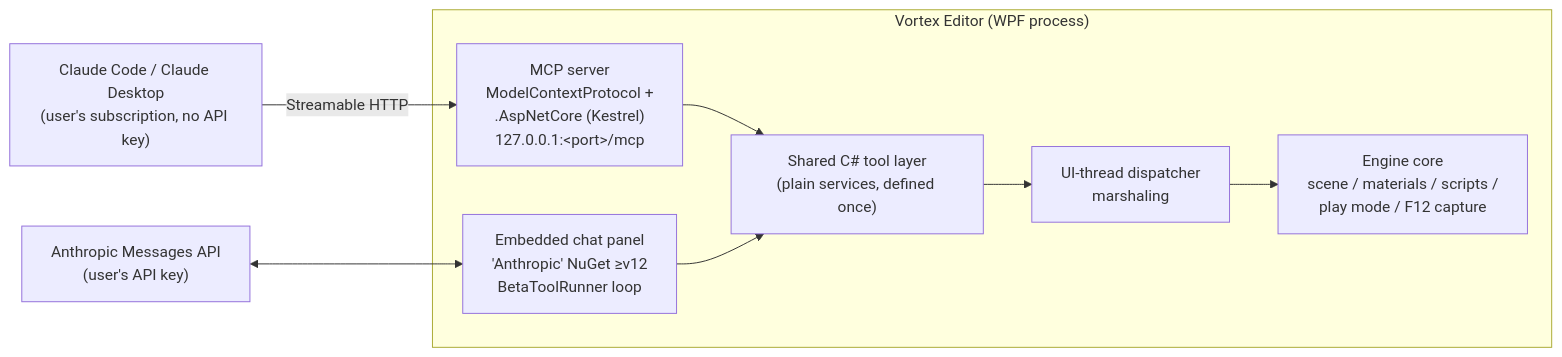
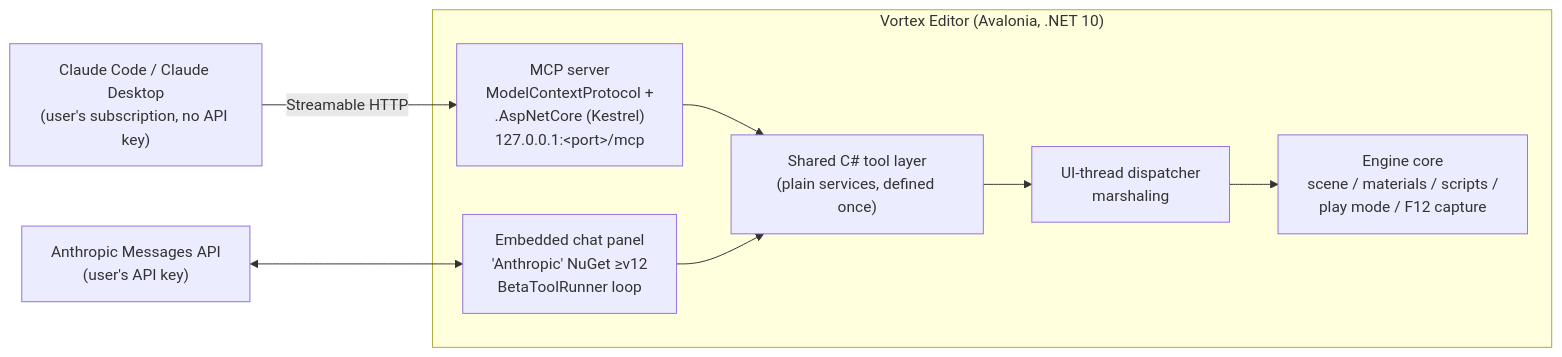
One commit to shadow-kernel/Vortex-Engine changed the diagram in docs/wiki/Design-Claude-Integration.md. Above: the diagram before and after it, drawn with Mermaid. The commit also changed other lines of this file and 40 other files, not shown here.

````diff
--- a/docs/wiki/Design-Claude-Integration.md
+++ b/docs/wiki/Design-Claude-Integration.md
@@ -12,15 +17,15 @@
 ```mermaid
 flowchart LR
-    subgraph Editor["Vortex Editor (WPF process)"]
+    subgraph Editor["Vortex Editor (Avalonia, .NET 10)"]
         TOOLS["Shared C# tool layer\n(plain services, defined once)"]
         MCP["MCP server\nModelContextProtocol +\n.AspNetCore (Kestrel)\n127.0.0.1:&lt;port&gt;/mcp"]
         PANEL["Embedded chat panel\n'Anthropic' NuGet ≥v12\nBetaToolRunner loop"]
         DISP["UI-thread dispatcher\nmarshaling"]
         ENGINE["Engine core\nscene / materials / scripts /\nplay mode / F12 capture"]
         MCP --> TOOLS
         PANEL --> TOOLS
         TOOLS --> DISP --> ENGINE
     end
     CC["Claude Code / Claude Desktop\n(user's subscription, no API key)"] -- "Streamable HTTP" --> MCP
     API["Anthropic Messages API\n(user's API key)"] <--> PANEL
 ```
````
